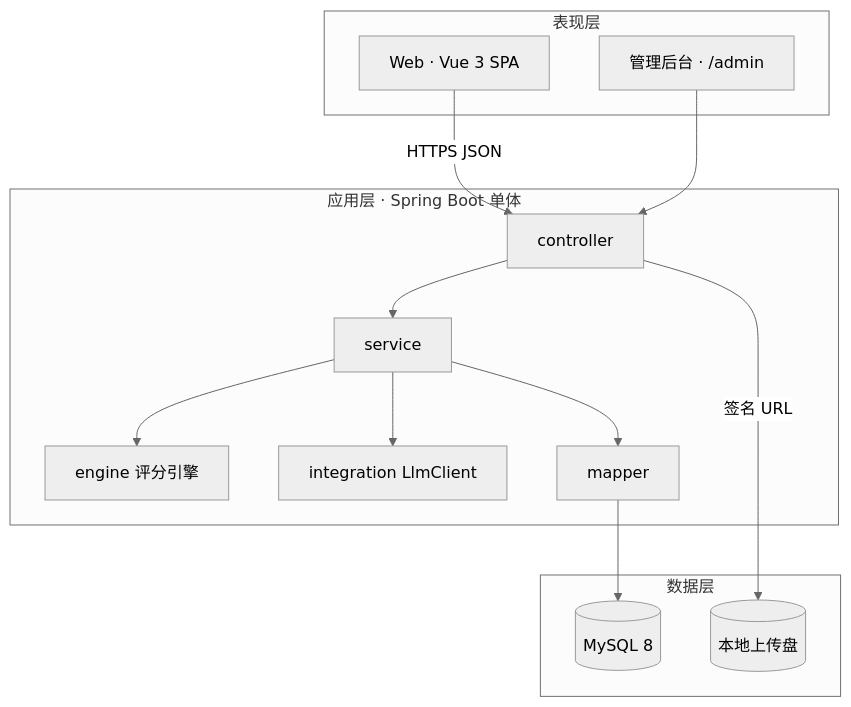
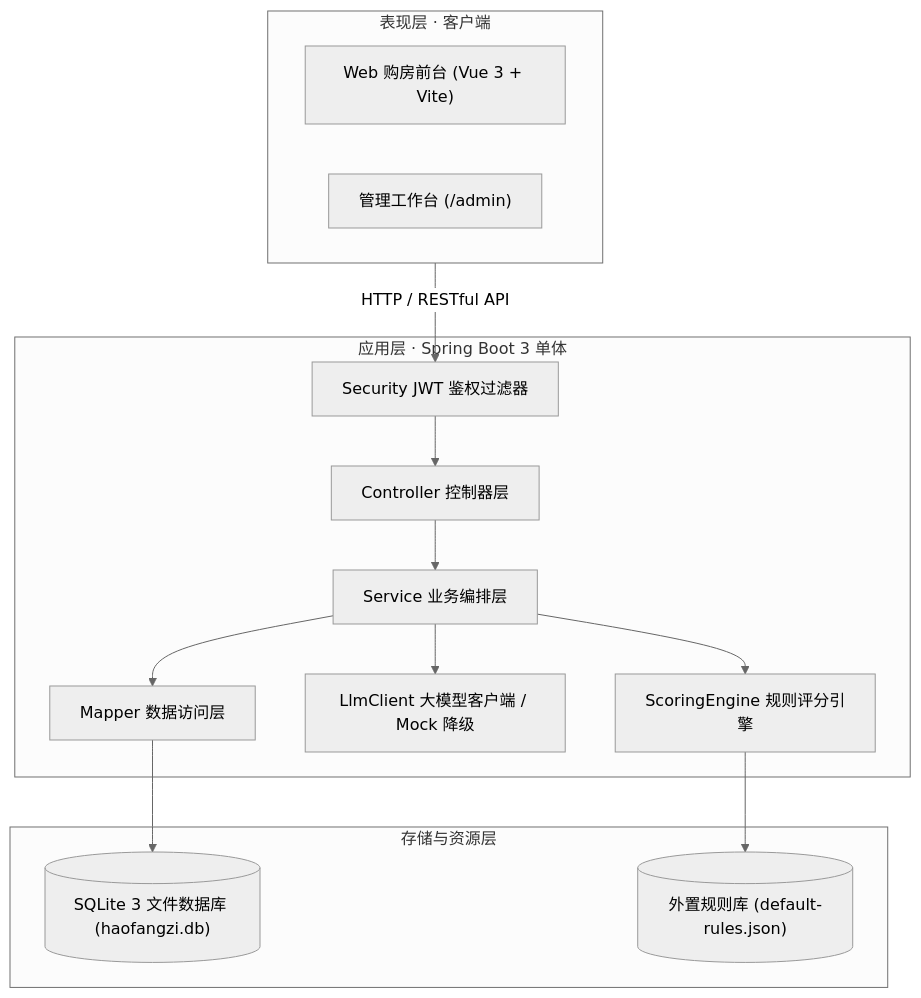
One commit to htt-FAK/haofangzi changed the second of 2 diagrams in README.md. Above: the diagram before and after it, drawn with Mermaid (neutral theme). The commit also changed other lines of this file and 23 other files, not shown here.

First line of the commit message:
feat(ui): 全面重塑前端建筑蓝图视觉体系与免密体验，补全仿真回归与优化README

````diff
--- a/README.md
+++ b/README.md
@@ -122,26 +92,30 @@
 ```mermaid
 flowchart TB
-  subgraph C[表现层]
-    H5["Web · Vue 3 SPA"]
-    ADM["管理后台 · /admin"]
-  end
-  subgraph A[应用层 · Spring Boot 单体]
-    CTL[controller]
-    SVC[service]
-    ENG[engine 评分引擎]
-    AI[integration LlmClient]
-    MAP[mapper]
-  end
-  subgraph D[数据层]
-    MY[("MySQL 8")]
-    FS[("本地上传盘")]
+  subgraph Client[表现层 · 客户端]
+    H5["Web 购房前台 (Vue 3 + Vite)"]
+    ADM["管理工作台 (/admin)"]
   end
 
-  H5 -->|HTTPS JSON| CTL
-  ADM --> CTL
+  subgraph Service[应用层 · Spring Boot 3 单体]
+    CTL[Controller 控制器层]
+    SEC[Security JWT 鉴权过滤器]
+    SVC[Service 业务编排层]
+    ENG[ScoringEngine 规则评分引擎]
+    AI[LlmClient 大模型客户端 / Mock 降级]
+    MAP[Mapper 数据访问层]
+  end
+
+  subgraph Storage[存储与资源层]
+    DB[("SQLite 3 文件数据库 (haofangzi.db)")]
+    RULE[("外置规则库 (default-rules.json)")]
+  end
+
+  Client -->|HTTP / RESTful API| SEC
+  SEC --> CTL
   CTL --> SVC
-  SVC --> MAP --> MY
   SVC --> ENG
   SVC --> AI
-  CTL -->|签名 URL| FS
+  SVC --> MAP
+  ENG --> RULE
+  MAP --> DB
 ```
````
